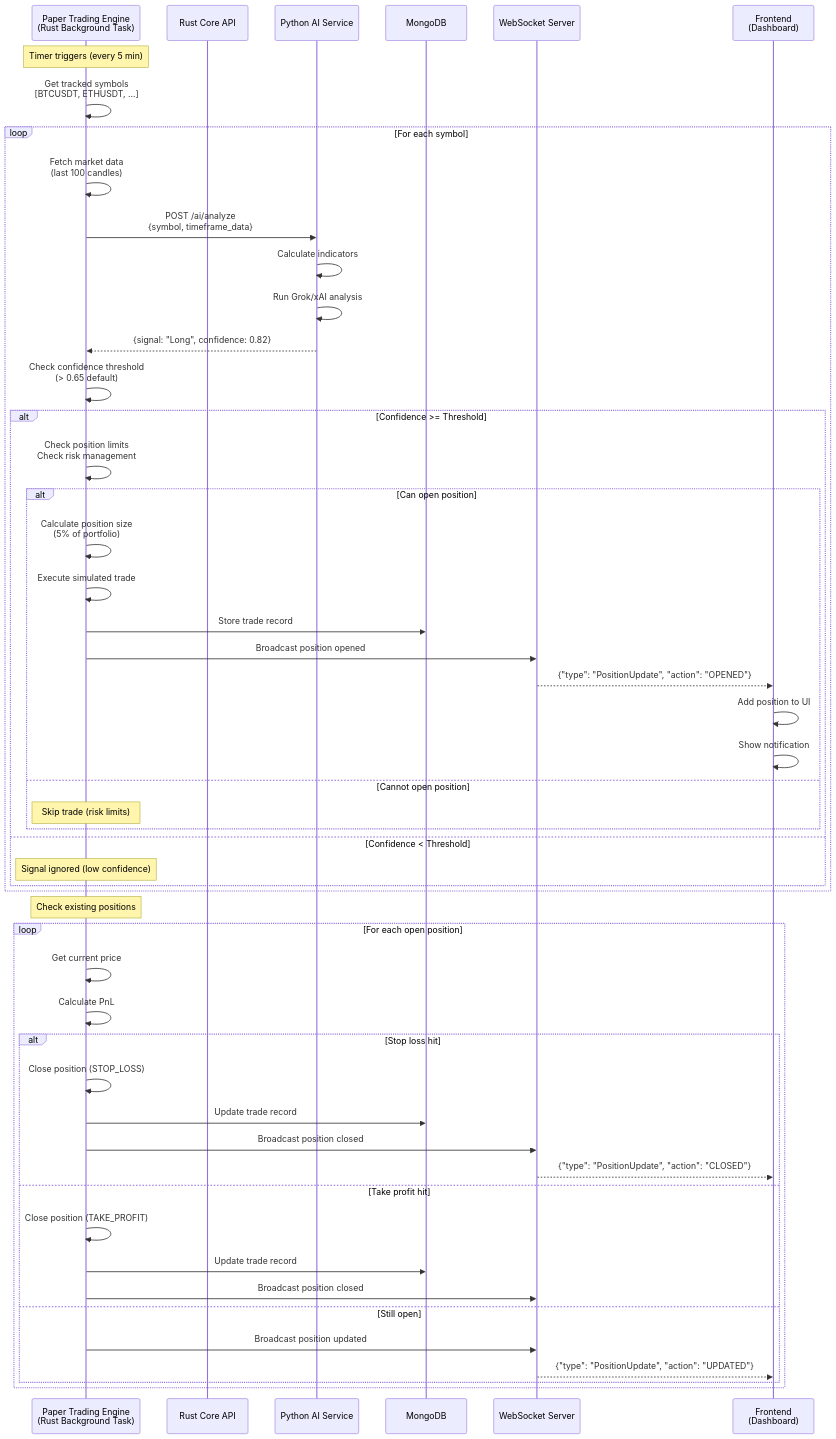
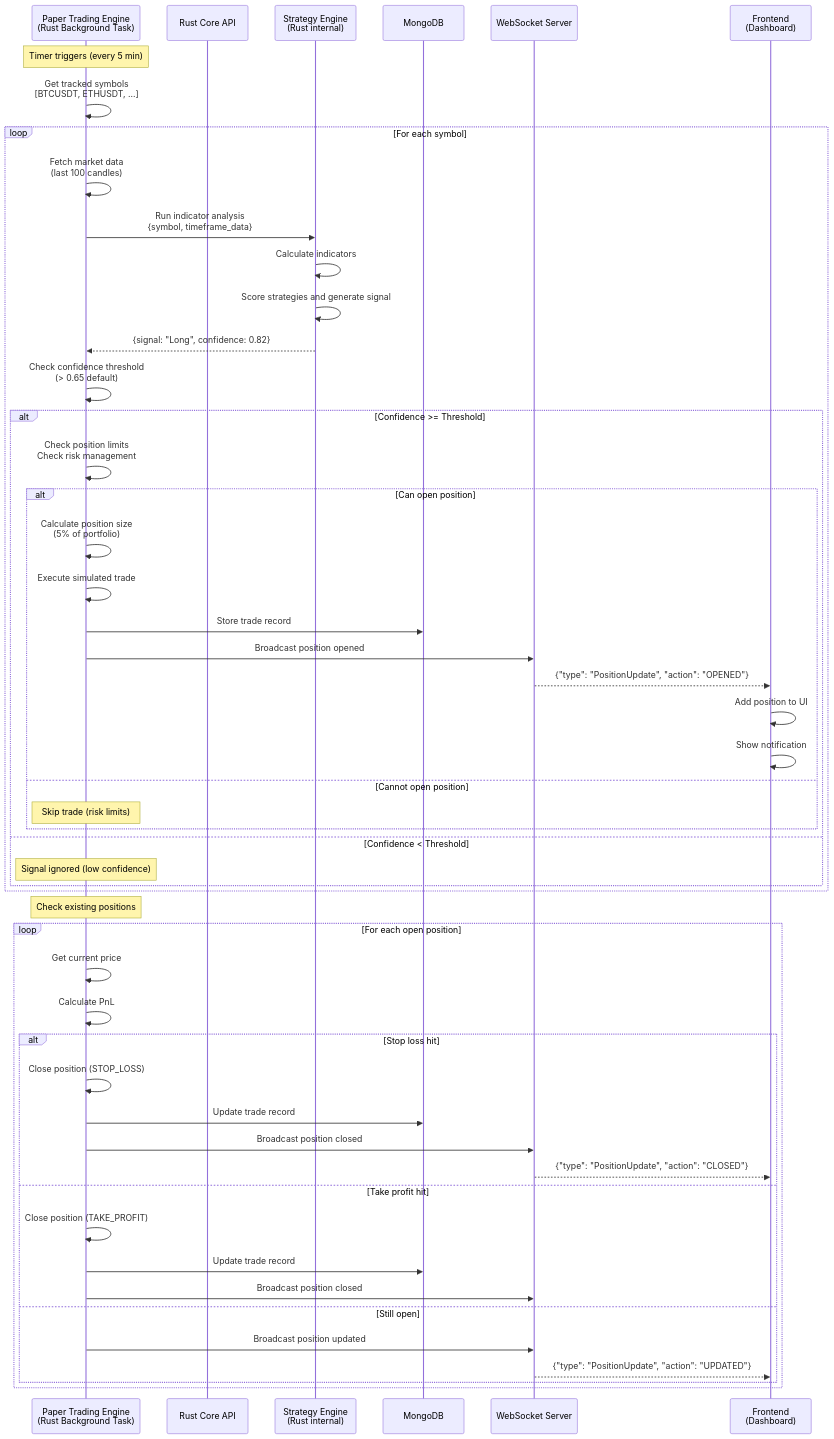
One commit to magic-ai-trading-bot/bot-core changed the sixth of 14 diagrams in specifications/02-design/2.3-api/API-SEQUENCES.mermaid. Above: the diagram before and after it, drawn with Mermaid. The commit also changed other lines of this file and 92 other files, not shown here.

First line of the commit message:
chore: complete Python AI service cleanup across entire codebase

````diff
--- a/specifications/02-design/2.3-api/API-SEQUENCES.mermaid
+++ b/specifications/02-design/2.3-api/API-SEQUENCES.mermaid
@@ -175,67 +166,67 @@
 ```mermaid
 sequenceDiagram
     participant PaperEngine as Paper Trading Engine<br/>(Rust Background Task)
     participant RustAPI as Rust Core API
-    participant PythonAI as Python AI Service
+    participant StrategyEngine as Strategy Engine<br/>(Rust internal)
     participant MongoDB
     participant WebSocket as WebSocket Server
     participant Frontend as Frontend<br/>(Dashboard)
 
     Note over PaperEngine: Timer triggers (every 5 min)
 
     PaperEngine->>PaperEngine: Get tracked symbols<br/>[BTCUSDT, ETHUSDT, ...]
 
     loop For each symbol
         PaperEngine->>PaperEngine: Fetch market data<br/>(last 100 candles)
 
-        PaperEngine->>PythonAI: POST /ai/analyze<br/>{symbol, timeframe_data}
+        PaperEngine->>StrategyEngine: Run indicator analysis<br/>{symbol, timeframe_data}
 
-        PythonAI->>PythonAI: Calculate indicators
-        PythonAI->>PythonAI: Run Grok/xAI analysis
-        PythonAI-->>PaperEngine: {signal: "Long", confidence: 0.82}
+        StrategyEngine->>StrategyEngine: Calculate indicators
+        StrategyEngine->>StrategyEngine: Score strategies and generate signal
+        StrategyEngine-->>PaperEngine: {signal: "Long", confidence: 0.82}
 
         PaperEngine->>PaperEngine: Check confidence threshold<br/>(> 0.65 default)
 
         alt Confidence >= Threshold
             PaperEngine->>PaperEngine: Check position limits<br/>Check risk management
 
             alt Can open position
                 PaperEngine->>PaperEngine: Calculate position size<br/>(5% of portfolio)
 
                 PaperEngine->>PaperEngine: Execute simulated trade
                 PaperEngine->>MongoDB: Store trade record
 
                 PaperEngine->>WebSocket: Broadcast position opened
                 WebSocket-->>Frontend: {"type": "PositionUpdate", "action": "OPENED"}
 
                 Frontend->>Frontend: Add position to UI
                 Frontend->>Frontend: Show notification
             else Cannot open position
                 Note over PaperEngine: Skip trade (risk limits)
             end
         else Confidence < Threshold
             Note over PaperEngine: Signal ignored (low confidence)
         end
     end
 
     Note over PaperEngine: Check existing positions
 
     loop For each open position
         PaperEngine->>PaperEngine: Get current price
         PaperEngine->>PaperEngine: Calculate PnL
 
         alt Stop loss hit
             PaperEngine->>PaperEngine: Close position (STOP_LOSS)
             PaperEngine->>MongoDB: Update trade record
             PaperEngine->>WebSocket: Broadcast position closed
             WebSocket-->>Frontend: {"type": "PositionUpdate", "action": "CLOSED"}
         else Take profit hit
             PaperEngine->>PaperEngine: Close position (TAKE_PROFIT)
             PaperEngine->>MongoDB: Update trade record
             PaperEngine->>WebSocket: Broadcast position closed
         else Still open
             PaperEngine->>WebSocket: Broadcast position updated
             WebSocket-->>Frontend: {"type": "PositionUpdate", "action": "UPDATED"}
         end
     end
 ```
````
